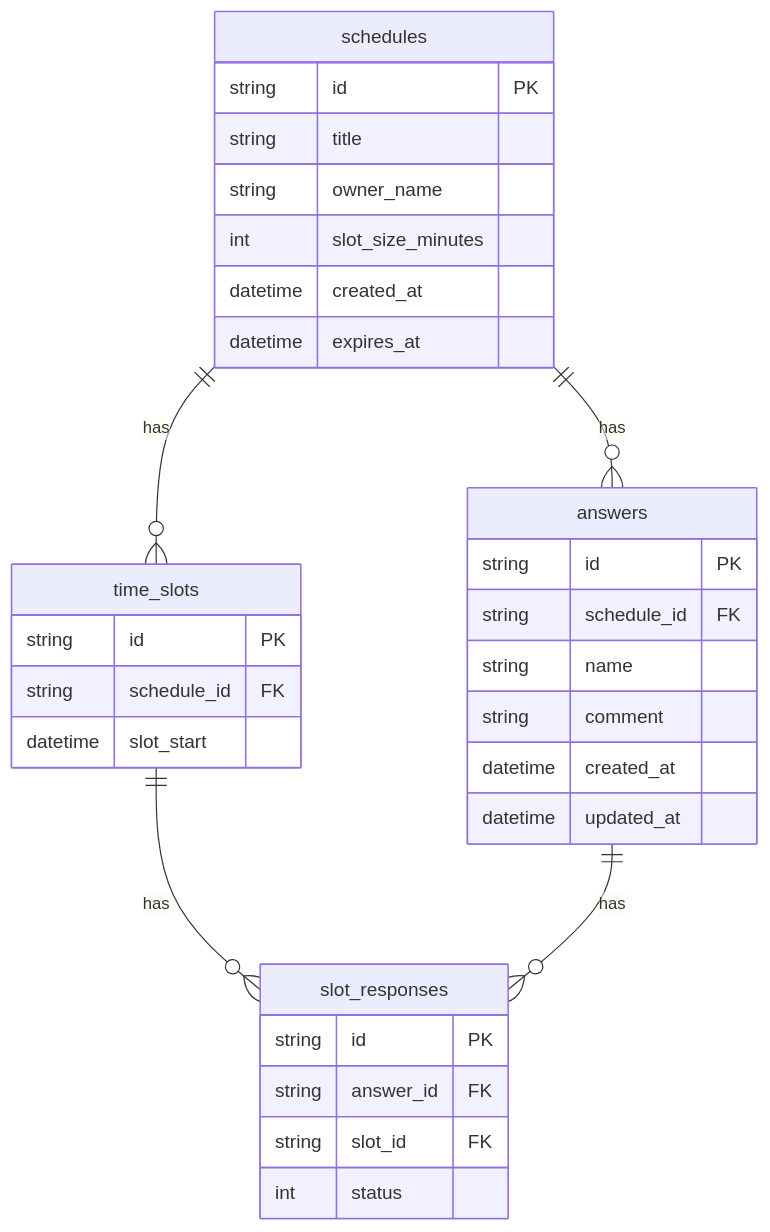
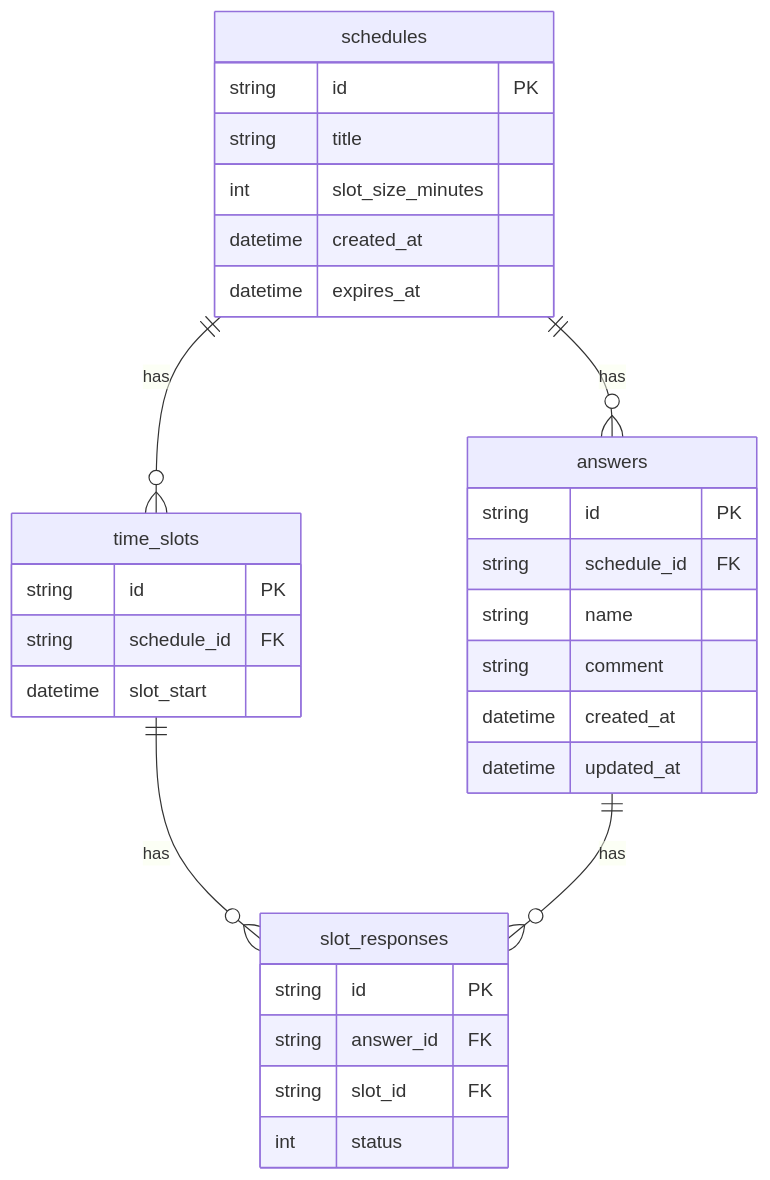
Before and after one commit to Jun-T-git/choiske-web: the diagram in docs/db-design.md, drawn with Mermaid. The commit also changed other lines of this file and 19 other files, not shown here.

````diff
--- a/docs/db-design.md
+++ b/docs/db-design.md
@@ -114,35 +113,34 @@
 ```mermaid
 erDiagram
     schedules ||--o{ time_slots : has
     schedules ||--o{ answers : has
     time_slots ||--o{ slot_responses : has
     answers ||--o{ slot_responses : has
 
     schedules {
         string id PK
         string title
-        string owner_name
         int slot_size_minutes
         datetime created_at
         datetime expires_at
     }
     time_slots {
         string id PK
         string schedule_id FK
         datetime slot_start
     }
     answers {
         string id PK
         string schedule_id FK
         string name
         string comment
         datetime created_at
         datetime updated_at
     }
     slot_responses {
         string id PK
         string answer_id FK
         string slot_id FK
         int status
     }
 ```
````
